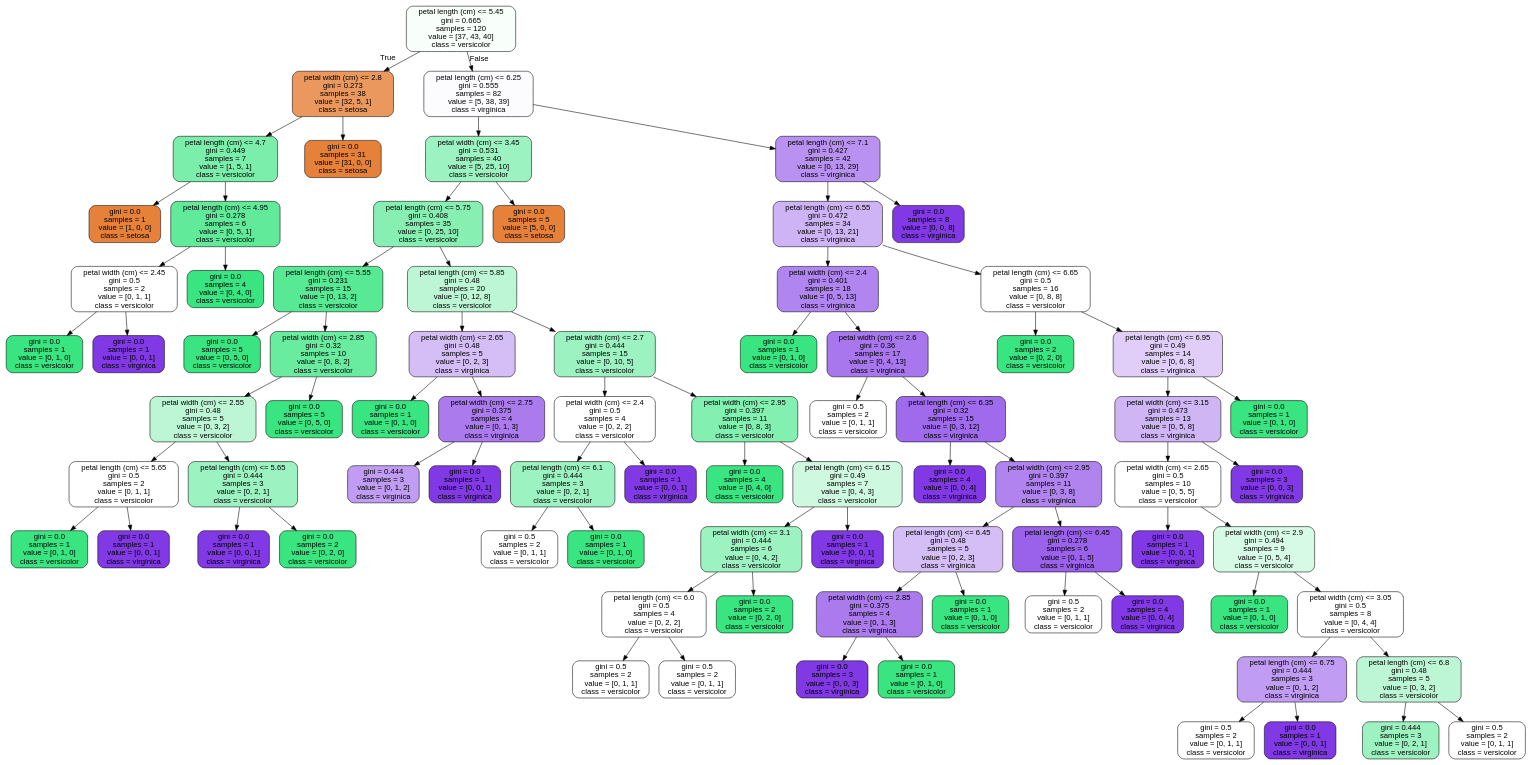
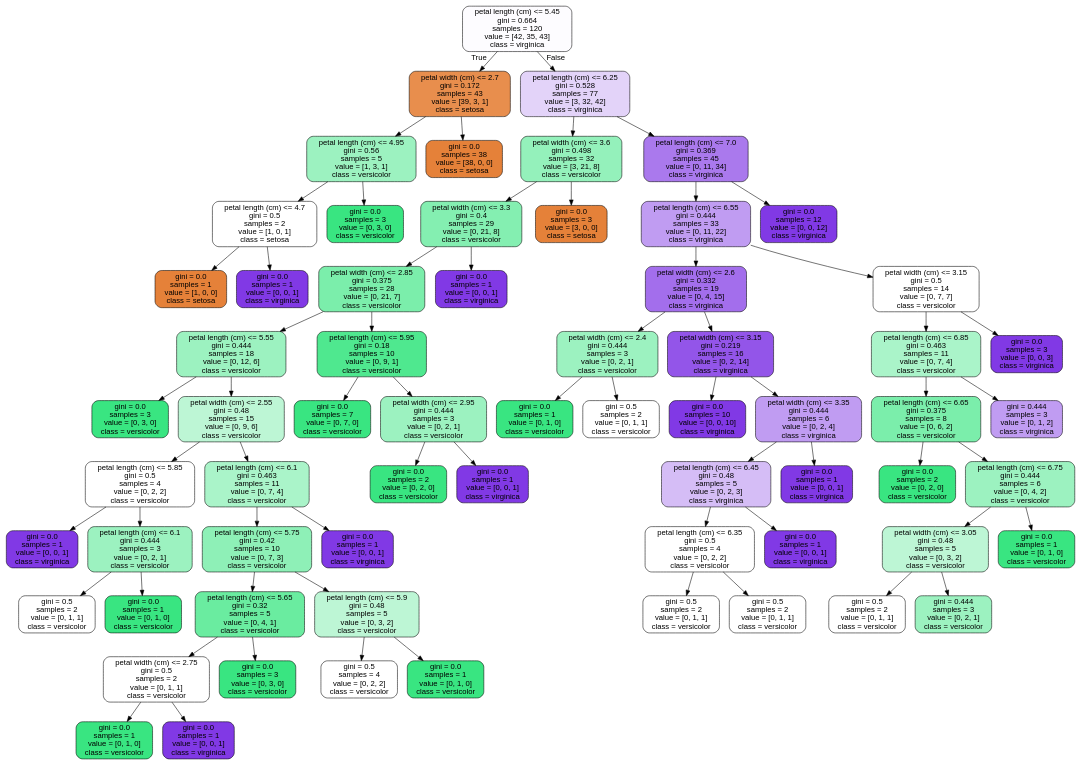
Before and after one commit to JoseDeJesusMendozaBecerril/Practica4_MineriaDeDatos: the diagram in images/decision_trees/iris_tree_train.dot, drawn with Graphviz. The commit also changed 9 other files, not shown here.

```diff
--- a/images/decision_trees/iris_tree_train.dot
+++ b/images/decision_trees/iris_tree_train.dot
@@ -1,165 +1,133 @@
 digraph Tree {
 node [shape=box, style="filled, rounded", color="black", fontname=helvetica] ;
 edge [fontname=helvetica] ;
-0 [label="petal length (cm) <= 5.45\ngini = 0.665\nsamples = 120\nvalue = [37, 43, 40]\nclass = versicolor", fillcolor="#f8fefa"] ;
-1 [label="petal width (cm) <= 2.8\ngini = 0.273\nsamples = 38\nvalue = [32, 5, 1]\nclass = setosa", fillcolor="#ea985d"] ;
+0 [label="petal length (cm) <= 5.45\ngini = 0.664\nsamples = 120\nvalue = [42, 35, 43]\nclass = virginica", fillcolor="#fdfcff"] ;
+1 [label="petal width (cm) <= 2.7\ngini = 0.172\nsamples = 43\nvalue = [39, 3, 1]\nclass = setosa", fillcolor="#e88e4d"] ;
 0 -> 1 [labeldistance=2.5, labelangle=45, headlabel="True"] ;
-2 [label="petal length (cm) <= 4.7\ngini = 0.449\nsamples = 7\nvalue = [1, 5, 1]\nclass = versicolor", fillcolor="#7beeab"] ;
+2 [label="petal length (cm) <= 4.95\ngini = 0.56\nsamples = 5\nvalue = [1, 3, 1]\nclass = versicolor", fillcolor="#9cf2c0"] ;
 1 -> 2 ;
-3 [label="gini = 0.0\nsamples = 1\nvalue = [1, 0, 0]\nclass = setosa", fillcolor="#e58139"] ;
+3 [label="petal length (cm) <= 4.7\ngini = 0.5\nsamples = 2\nvalue = [1, 0, 1]\nclass = setosa", fillcolor="#ffffff"] ;
 2 -> 3 ;
-4 [label="petal length (cm) <= 4.95\ngini = 0.278\nsamples = 6\nvalue = [0, 5, 1]\nclass = versicolor", fillcolor="#61ea9a"] ;
-2 -> 4 ;
-5 [label="petal width (cm) <= 2.45\ngini = 0.5\nsamples = 2\nvalue = [0, 1, 1]\nclass = versicolor", fillcolor="#ffffff"] ;
-4 -> 5 ;
-6 [label="gini = 0.0\nsamples = 1\nvalue = [0, 1, 0]\nclass = versicolor", fillcolor="#39e581"] ;
-5 -> 6 ;
-7 [label="gini = 0.0\nsamples = 1\nvalue = [0, 0, 1]\nclass = virginica", fillcolor="#8139e5"] ;
-5 -> 7 ;
-8 [label="gini = 0.0\nsamples = 4\nvalue = [0, 4, 0]\nclass = versicolor", fillcolor="#39e581"] ;
-4 -> 8 ;
-9 [label="gini = 0.0\nsamples = 31\nvalue = [31, 0, 0]\nclass = setosa", fillcolor="#e58139"] ;
-1 -> 9 ;
-10 [label="petal length (cm) <= 6.25\ngini = 0.555\nsamples = 82\nvalue = [5, 38, 39]\nclass = virginica", fillcolor="#fcfbfe"] ;
-0 -> 10 [labeldistance=2.5, labelangle=-45, headlabel="False"] ;
-11 [label="petal width (cm) <= 3.45\ngini = 0.531\nsamples = 40\nvalue = [5, 25, 10]\nclass = versicolor", fillcolor="#9cf2c0"] ;
+4 [label="gini = 0.0\nsamples = 1\nvalue = [1, 0, 0]\nclass = setosa", fillcolor="#e58139"] ;
+3 -> 4 ;
+5 [label="gini = 0.0\nsamples = 1\nvalue = [0, 0, 1]\nclass = virginica", fillcolor="#8139e5"] ;
+3 -> 5 ;
+6 [label="gini = 0.0\nsamples = 3\nvalue = [0, 3, 0]\nclass = versicolor", fillcolor="#39e581"] ;
+2 -> 6 ;
+7 [label="gini = 0.0\nsamples = 38\nvalue = [38, 0, 0]\nclass = setosa", fillcolor="#e58139"] ;
+1 -> 7 ;
+8 [label="petal length (cm) <= 6.25\ngini = 0.528\nsamples = 77\nvalue = [3, 32, 42]\nclass = virginica", fillcolor="#e3d3f9"] ;
+0 -> 8 [labeldistance=2.5, labelangle=-45, headlabel="False"] ;
+9 [label="petal width (cm) <= 3.6\ngini = 0.498\nsamples = 32\nvalue = [3, 21, 8]\nclass = versicolor", fillcolor="#94f1bb"] ;
+8 -> 9 ;
+10 [label="petal width (cm) <= 3.3\ngini = 0.4\nsamples = 29\nvalue = [0, 21, 8]\nclass = versicolor", fillcolor="#84efb1"] ;
+9 -> 10 ;
+11 [label="petal width (cm) <= 2.85\ngini = 0.375\nsamples = 28\nvalue = [0, 21, 7]\nclass = versicolor", fillcolor="#7beeab"] ;
 10 -> 11 ;
-12 [label="petal length (cm) <= 5.75\ngini = 0.408\nsamples = 35\nvalue = [0, 25, 10]\nclass = versicolor", fillcolor="#88efb3"] ;
+12 [label="petal length (cm) <= 5.55\ngini = 0.444\nsamples = 18\nvalue = [0, 12, 6]\nclass = versicolor", fillcolor="#9cf2c0"] ;
 11 -> 12 ;
-13 [label="petal length (cm) <= 5.55\ngini = 0.231\nsamples = 15\nvalue = [0, 13, 2]\nclass = versicolor", fillcolor="#57e994"] ;
+13 [label="gini = 0.0\nsamples = 3\nvalue = [0, 3, 0]\nclass = versicolor", fillcolor="#39e581"] ;
 12 -> 13 ;
-14 [label="gini = 0.0\nsamples = 5\nvalue = [0, 5, 0]\nclass = versicolor", fillcolor="#39e581"] ;
-13 -> 14 ;
-15 [label="petal width (cm) <= 2.85\ngini = 0.32\nsamples = 10\nvalue = [0, 8, 2]\nclass = versicolor", fillcolor="#6aeca0"] ;
-13 -> 15 ;
-16 [label="petal width (cm) <= 2.55\ngini = 0.48\nsamples = 5\nvalue = [0, 3, 2]\nclass = versicolor", fillcolor="#bdf6d5"] ;
+14 [label="petal width (cm) <= 2.55\ngini = 0.48\nsamples = 15\nvalue = [0, 9, 6]\nclass = versicolor", fillcolor="#bdf6d5"] ;
+12 -> 14 ;
+15 [label="petal length (cm) <= 5.85\ngini = 0.5\nsamples = 4\nvalue = [0, 2, 2]\nclass = versicolor", fillcolor="#ffffff"] ;
+14 -> 15 ;
+16 [label="gini = 0.0\nsamples = 1\nvalue = [0, 0, 1]\nclass = virginica", fillcolor="#8139e5"] ;
 15 -> 16 ;
-17 [label="petal length (cm) <= 5.65\ngini = 0.5\nsamples = 2\nvalue = [0, 1, 1]\nclass = versicolor", fillcolor="#ffffff"] ;
-16 -> 17 ;
-18 [label="gini = 0.0\nsamples = 1\nvalue = [0, 1, 0]\nclass = versicolor", fillcolor="#39e581"] ;
+17 [label="petal length (cm) <= 6.1\ngini = 0.444\nsamples = 3\nvalue = [0, 2, 1]\nclass = versicolor", fillcolor="#9cf2c0"] ;
+15 -> 17 ;
+18 [label="gini = 0.5\nsamples = 2\nvalue = [0, 1, 1]\nclass = versicolor", fillcolor="#ffffff"] ;
 17 -> 18 ;
-19 [label="gini = 0.0\nsamples = 1\nvalue = [0, 0, 1]\nclass = virginica", fillcolor="#8139e5"] ;
+19 [label="gini = 0.0\nsamples = 1\nvalue = [0, 1, 0]\nclass = versicolor", fillcolor="#39e581"] ;
 17 -> 19 ;
-20 [label="petal length (cm) <= 5.65\ngini = 0.444\nsamples = 3\nvalue = [0, 2, 1]\nclass = versicolor", fillcolor="#9cf2c0"] ;
-16 -> 20 ;
-21 [label="gini = 0.0\nsamples = 1\nvalue = [0, 0, 1]\nclass = virginica", fillcolor="#8139e5"] ;
+20 [label="petal length (cm) <= 6.1\ngini = 0.463\nsamples = 11\nvalue = [0, 7, 4]\nclass = versicolor", fillcolor="#aaf4c9"] ;
+14 -> 20 ;
+21 [label="petal length (cm) <= 5.75\ngini = 0.42\nsamples = 10\nvalue = [0, 7, 3]\nclass = versicolor", fillcolor="#8ef0b7"] ;
 20 -> 21 ;
-22 [label="gini = 0.0\nsamples = 2\nvalue = [0, 2, 0]\nclass = versicolor", fillcolor="#39e581"] ;
-20 -> 22 ;
-23 [label="gini = 0.0\nsamples = 5\nvalue = [0, 5, 0]\nclass = versicolor", fillcolor="#39e581"] ;
-15 -> 23 ;
-24 [label="petal length (cm) <= 5.85\ngini = 0.48\nsamples = 20\nvalue = [0, 12, 8]\nclass = versicolor", fillcolor="#bdf6d5"] ;
-12 -> 24 ;
-25 [label="petal width (cm) <= 2.65\ngini = 0.48\nsamples = 5\nvalue = [0, 2, 3]\nclass = virginica", fillcolor="#d5bdf6"] ;
-24 -> 25 ;
-26 [label="gini = 0.0\nsamples = 1\nvalue = [0, 1, 0]\nclass = versicolor", fillcolor="#39e581"] ;
-25 -> 26 ;
-27 [label="petal width (cm) <= 2.75\ngini = 0.375\nsamples = 4\nvalue = [0, 1, 3]\nclass = virginica", fillcolor="#ab7bee"] ;
-25 -> 27 ;
-28 [label="gini = 0.444\nsamples = 3\nvalue = [0, 1, 2]\nclass = virginica", fillcolor="#c09cf2"] ;
+22 [label="petal length (cm) <= 5.65\ngini = 0.32\nsamples = 5\nvalue = [0, 4, 1]\nclass = versicolor", fillcolor="#6aeca0"] ;
+21 -> 22 ;
+23 [label="petal width (cm) <= 2.75\ngini = 0.5\nsamples = 2\nvalue = [0, 1, 1]\nclass = versicolor", fillcolor="#ffffff"] ;
+22 -> 23 ;
+24 [label="gini = 0.0\nsamples = 1\nvalue = [0, 1, 0]\nclass = versicolor", fillcolor="#39e581"] ;
+23 -> 24 ;
+25 [label="gini = 0.0\nsamples = 1\nvalue = [0, 0, 1]\nclass = virginica", fillcolor="#8139e5"] ;
+23 -> 25 ;
+26 [label="gini = 0.0\nsamples = 3\nvalue = [0, 3, 0]\nclass = versicolor", fillcolor="#39e581"] ;
+22 -> 26 ;
+27 [label="petal length (cm) <= 5.9\ngini = 0.48\nsamples = 5\nvalue = [0, 3, 2]\nclass = versicolor", fillcolor="#bdf6d5"] ;
+21 -> 27 ;
+28 [label="gini = 0.5\nsamples = 4\nvalue = [0, 2, 2]\nclass = versicolor", fillcolor="#ffffff"] ;
 27 -> 28 ;
-29 [label="gini = 0.0\nsamples = 1\nvalue = [0, 0, 1]\nclass = virginica", fillcolor="#8139e5"] ;
+29 [label="gini = 0.0\nsamples = 1\nvalue = [0, 1, 0]\nclass = versicolor", fillcolor="#39e581"] ;
 27 -> 29 ;
-30 [label="petal width (cm) <= 2.7\ngini = 0.444\nsamples = 15\nvalue = [0, 10, 5]\nclass = versicolor", fillcolor="#9cf2c0"] ;
-24 -> 30 ;
-31 [label="petal width (cm) <= 2.4\ngini = 0.5\nsamples = 4\nvalue = [0, 2, 2]\nclass = versicolor", fillcolor="#ffffff"] ;
-30 -> 31 ;
-32 [label="petal length (cm) <= 6.1\ngini = 0.444\nsamples = 3\nvalue = [0, 2, 1]\nclass = versicolor", fillcolor="#9cf2c0"] ;
+30 [label="gini = 0.0\nsamples = 1\nvalue = [0, 0, 1]\nclass = virginica", fillcolor="#8139e5"] ;
+20 -> 30 ;
+31 [label="petal length (cm) <= 5.95\ngini = 0.18\nsamples = 10\nvalue = [0, 9, 1]\nclass = versicolor", fillcolor="#4fe88f"] ;
+11 -> 31 ;
+32 [label="gini = 0.0\nsamples = 7\nvalue = [0, 7, 0]\nclass = versicolor", fillcolor="#39e581"] ;
 31 -> 32 ;
-33 [label="gini = 0.5\nsamples = 2\nvalue = [0, 1, 1]\nclass = versicolor", fillcolor="#ffffff"] ;
-32 -> 33 ;
-34 [label="gini = 0.0\nsamples = 1\nvalue = [0, 1, 0]\nclass = versicolor", fillcolor="#39e581"] ;
-32 -> 34 ;
+33 [label="petal width (cm) <= 2.95\ngini = 0.444\nsamples = 3\nvalue = [0, 2, 1]\nclass = versicolor", fillcolor="#9cf2c0"] ;
+31 -> 33 ;
+34 [label="gini = 0.0\nsamples = 2\nvalue = [0, 2, 0]\nclass = versicolor", fillcolor="#39e581"] ;
+33 -> 34 ;
 35 [label="gini = 0.0\nsamples = 1\nvalue = [0, 0, 1]\nclass = virginica", fillcolor="#8139e5"] ;
-31 -> 35 ;
-36 [label="petal width (cm) <= 2.95\ngini = 0.397\nsamples = 11\nvalue = [0, 8, 3]\nclass = versicolor", fillcolor="#83efb0"] ;
-30 -> 36 ;
-37 [label="gini = 0.0\nsamples = 4\nvalue = [0, 4, 0]\nclass = versicolor", fillcolor="#39e581"] ;
-36 -> 37 ;
-38 [label="petal length (cm) <= 6.15\ngini = 0.49\nsamples = 7\nvalue = [0, 4, 3]\nclass = versicolor", fillcolor="#cef8e0"] ;
-36 -> 38 ;
-39 [label="petal width (cm) <= 3.1\ngini = 0.444\nsamples = 6\nvalue = [0, 4, 2]\nclass = versicolor", fillcolor="#9cf2c0"] ;
+33 -> 35 ;
+36 [label="gini = 0.0\nsamples = 1\nvalue = [0, 0, 1]\nclass = virginica", fillcolor="#8139e5"] ;
+10 -> 36 ;
+37 [label="gini = 0.0\nsamples = 3\nvalue = [3, 0, 0]\nclass = setosa", fillcolor="#e58139"] ;
+9 -> 37 ;
+38 [label="petal length (cm) <= 7.0\ngini = 0.369\nsamples = 45\nvalue = [0, 11, 34]\nclass = virginica", fillcolor="#aa79ed"] ;
+8 -> 38 ;
+39 [label="petal length (cm) <= 6.55\ngini = 0.444\nsamples = 33\nvalue = [0, 11, 22]\nclass = virginica", fillcolor="#c09cf2"] ;
 38 -> 39 ;
-40 [label="petal length (cm) <= 6.0\ngini = 0.5\nsamples = 4\nvalue = [0, 2, 2]\nclass = versicolor", fillcolor="#ffffff"] ;
+40 [label="petal width (cm) <= 2.6\ngini = 0.332\nsamples = 19\nvalue = [0, 4, 15]\nclass = virginica", fillcolor="#a36eec"] ;
 39 -> 40 ;
-41 [label="gini = 0.5\nsamples = 2\nvalue = [0, 1, 1]\nclass = versicolor", fillcolor="#ffffff"] ;
+41 [label="petal width (cm) <= 2.4\ngini = 0.444\nsamples = 3\nvalue = [0, 2, 1]\nclass = versicolor", fillcolor="#9cf2c0"] ;
 40 -> 41 ;
-42 [label="gini = 0.5\nsamples = 2\nvalue = [0, 1, 1]\nclass = versicolor", fillcolor="#ffffff"] ;
-40 -> 42 ;
-43 [label="gini = 0.0\nsamples = 2\nvalue = [0, 2, 0]\nclass = versicolor", fillcolor="#39e581"] ;
-39 -> 43 ;
-44 [label="gini = 0.0\nsamples = 1\nvalue = [0, 0, 1]\nclass = virginica", fillcolor="#8139e5"] ;
-38 -> 44 ;
-45 [label="gini = 0.0\nsamples = 5\nvalue = [5, 0, 0]\nclass = setosa", fillcolor="#e58139"] ;
-11 -> 45 ;
-46 [label="petal length (cm) <= 7.1\ngini = 0.427\nsamples = 42\nvalue = [0, 13, 29]\nclass = virginica", fillcolor="#b992f1"] ;
-10 -> 46 ;
-47 [label="petal length (cm) <= 6.55\ngini = 0.472\nsamples = 34\nvalue = [0, 13, 21]\nclass = virginica", fillcolor="#cfb4f5"] ;
+42 [label="gini = 0.0\nsamples = 1\nvalue = [0, 1, 0]\nclass = versicolor", fillcolor="#39e581"] ;
+41 -> 42 ;
+43 [label="gini = 0.5\nsamples = 2\nvalue = [0, 1, 1]\nclass = versicolor", fillcolor="#ffffff"] ;
+41 -> 43 ;
+44 [label="petal width (cm) <= 3.15\ngini = 0.219\nsamples = 16\nvalue = [0, 2, 14]\nclass = virginica", fillcolor="#9355e9"] ;
+40 -> 44 ;
+45 [label="gini = 0.0\nsamples = 10\nvalue = [0, 0, 10]\nclass = virginica", fillcolor="#8139e5"] ;
+44 -> 45 ;
+46 [label="petal width (cm) <= 3.35\ngini = 0.444\nsamples = 6\nvalue = [0, 2, 4]\nclass = virginica", fillcolor="#c09cf2"] ;
+44 -> 46 ;
+47 [label="petal length (cm) <= 6.45\ngini = 0.48\nsamples = 5\nvalue = [0, 2, 3]\nclass = virginica", fillcolor="#d5bdf6"] ;
 46 -> 47 ;
-48 [label="petal width (cm) <= 2.4\ngini = 0.401\nsamples = 18\nvalue = [0, 5, 13]\nclass = virginica", fillcolor="#b185ef"] ;
+48 [label="petal length (cm) <= 6.35\ngini = 0.5\nsamples = 4\nvalue = [0, 2, 2]\nclass = versicolor", fillcolor="#ffffff"] ;
 47 -> 48 ;
-49 [label="gini = 0.0\nsamples = 1\nvalue = [0, 1, 0]\nclass = versicolor", fillcolor="#39e581"] ;
+49 [label="gini = 0.5\nsamples = 2\nvalue = [0, 1, 1]\nclass = versicolor", fillcolor="#ffffff"] ;
 48 -> 49 ;
-50 [label="petal width (cm) <= 2.6\ngini = 0.36\nsamples = 17\nvalue = [0, 4, 13]\nclass = virginica", fillcolor="#a876ed"] ;
+50 [label="gini = 0.5\nsamples = 2\nvalue = [0, 1, 1]\nclass = versicolor", fillcolor="#ffffff"] ;
 48 -> 50 ;
-51 [label="gini = 0.5\nsamples = 2\nvalue = [0, 1, 1]\nclass = versicolor", fillcolor="#ffffff"] ;
-50 -> 51 ;
-52 [label="petal length (cm) <= 6.35\ngini = 0.32\nsamples = 15\nvalue = [0, 3, 12]\nclass = virginica", fillcolor="#a06aec"] ;
-50 -> 52 ;
-53 [label="gini = 0.0\nsamples = 4\nvalue = [0, 0, 4]\nclass = virginica", fillcolor="#8139e5"] ;
-52 -> 53 ;
-54 [label="petal width (cm) <= 2.95\ngini = 0.397\nsamples = 11\nvalue = [0, 3, 8]\nclass = virginica", fillcolor="#b083ef"] ;
-52 -> 54 ;
-55 [label="petal length (cm) <= 6.45\ngini = 0.48\nsamples = 5\nvalue = [0, 2, 3]\nclass = virginica", fillcolor="#d5bdf6"] ;
+51 [label="gini = 0.0\nsamples = 1\nvalue = [0, 0, 1]\nclass = virginica", fillcolor="#8139e5"] ;
+47 -> 51 ;
+52 [label="gini = 0.0\nsamples = 1\nvalue = [0, 0, 1]\nclass = virginica", fillcolor="#8139e5"] ;
+46 -> 52 ;
+53 [label="petal width (cm) <= 3.15\ngini = 0.5\nsamples = 14\nvalue = [0, 7, 7]\nclass = versicolor", fillcolor="#ffffff"] ;
+39 -> 53 ;
+54 [label="petal length (cm) <= 6.85\ngini = 0.463\nsamples = 11\nvalue = [0, 7, 4]\nclass = versicolor", fillcolor="#aaf4c9"] ;
+53 -> 54 ;
+55 [label="petal length (cm) <= 6.65\ngini = 0.375\nsamples = 8\nvalue = [0, 6, 2]\nclass = versicolor", fillcolor="#7beeab"] ;
 54 -> 55 ;
-56 [label="petal width (cm) <= 2.85\ngini = 0.375\nsamples = 4\nvalue = [0, 1, 3]\nclass = virginica", fillcolor="#ab7bee"] ;
+56 [label="gini = 0.0\nsamples = 2\nvalue = [0, 2, 0]\nclass = versicolor", fillcolor="#39e581"] ;
 55 -> 56 ;
-57 [label="gini = 0.0\nsamples = 3\nvalue = [0, 0, 3]\nclass = virginica", fillcolor="#8139e5"] ;
-56 -> 57 ;
-58 [label="gini = 0.0\nsamples = 1\nvalue = [0, 1, 0]\nclass = versicolor", fillcolor="#39e581"] ;
-56 -> 58 ;
-59 [label="gini = 0.0\nsamples = 1\nvalue = [0, 1, 0]\nclass = versicolor", fillcolor="#39e581"] ;
-55 -> 59 ;
-60 [label="petal length (cm) <= 6.45\ngini = 0.278\nsamples = 6\nvalue = [0, 1, 5]\nclass = virginica", fillcolor="#9a61ea"] ;
-54 -> 60 ;
-61 [label="gini = 0.5\nsamples = 2\nvalue = [0, 1, 1]\nclass = versicolor", fillcolor="#ffffff"] ;
-60 -> 61 ;
-62 [label="gini = 0.0\nsamples = 4\nvalue = [0, 0, 4]\nclass = virginica", fillcolor="#8139e5"] ;
-60 -> 62 ;
-63 [label="petal length (cm) <= 6.65\ngini = 0.5\nsamples = 16\nvalue = [0, 8, 8]\nclass = versicolor", fillcolor="#ffffff"] ;
-47 -> 63 ;
-64 [label="gini = 0.0\nsamples = 2\nvalue = [0, 2, 0]\nclass = versicolor", fillcolor="#39e581"] ;
-63 -> 64 ;
-65 [label="petal length (cm) <= 6.95\ngini = 0.49\nsamples = 14\nvalue = [0, 6, 8]\nclass = virginica", fillcolor="#e0cef8"] ;
-63 -> 65 ;
-66 [label="petal width (cm) <= 3.15\ngini = 0.473\nsamples = 13\nvalue = [0, 5, 8]\nclass = virginica", fillcolor="#d0b5f5"] ;
-65 -> 66 ;
-67 [label="petal width (cm) <= 2.65\ngini = 0.5\nsamples = 10\nvalue = [0, 5, 5]\nclass = versicolor", fillcolor="#ffffff"] ;
-66 -> 67 ;
-68 [label="gini = 0.0\nsamples = 1\nvalue = [0, 0, 1]\nclass = virginica", fillcolor="#8139e5"] ;
-67 -> 68 ;
-69 [label="petal width (cm) <= 2.9\ngini = 0.494\nsamples = 9\nvalue = [0, 5, 4]\nclass = versicolor", fillcolor="#d7fae6"] ;
-67 -> 69 ;
-70 [label="gini = 0.0\nsamples = 1\nvalue = [0, 1, 0]\nclass = versicolor", fillcolor="#39e581"] ;
-69 -> 70 ;
-71 [label="petal width (cm) <= 3.05\ngini = 0.5\nsamples = 8\nvalue = [0, 4, 4]\nclass = versicolor", fillcolor="#ffffff"] ;
-69 -> 71 ;
-72 [label="petal length (cm) <= 6.75\ngini = 0.444\nsamples = 3\nvalue = [0, 1, 2]\nclass = virginica", fillcolor="#c09cf2"] ;
-71 -> 72 ;
-73 [label="gini = 0.5\nsamples = 2\nvalue = [0, 1, 1]\nclass = versicolor", fillcolor="#ffffff"] ;
-72 -> 73 ;
-74 [label="gini = 0.0\nsamples = 1\nvalue = [0, 0, 1]\nclass = virginica", fillcolor="#8139e5"] ;
-72 -> 74 ;
-75 [label="petal length (cm) <= 6.8\ngini = 0.48\nsamples = 5\nvalue = [0, 3, 2]\nclass = versicolor", fillcolor="#bdf6d5"] ;
-71 -> 75 ;
-76 [label="gini = 0.444\nsamples = 3\nvalue = [0, 2, 1]\nclass = versicolor", fillcolor="#9cf2c0"] ;
-75 -> 76 ;
-77 [label="gini = 0.5\nsamples = 2\nvalue = [0, 1, 1]\nclass = versicolor", fillcolor="#ffffff"] ;
-75 -> 77 ;
-78 [label="gini = 0.0\nsamples = 3\nvalue = [0, 0, 3]\nclass = virginica", fillcolor="#8139e5"] ;
-66 -> 78 ;
-79 [label="gini = 0.0\nsamples = 1\nvalue = [0, 1, 0]\nclass = versicolor", fillcolor="#39e581"] ;
-65 -> 79 ;
-80 [label="gini = 0.0\nsamples = 8\nvalue = [0, 0, 8]\nclass = virginica", fillcolor="#8139e5"] ;
-46 -> 80 ;
+57 [label="petal length (cm) <= 6.75\ngini = 0.444\nsamples = 6\nvalue = [0, 4, 2]\nclass = versicolor", fillcolor="#9cf2c0"] ;
+55 -> 57 ;
+58 [label="petal width (cm) <= 3.05\ngini = 0.48\nsamples = 5\nvalue = [0, 3, 2]\nclass = versicolor", fillcolor="#bdf6d5"] ;
+57 -> 58 ;
+59 [label="gini = 0.5\nsamples = 2\nvalue = [0, 1, 1]\nclass = versicolor", fillcolor="#ffffff"] ;
+58 -> 59 ;
+60 [label="gini = 0.444\nsamples = 3\nvalue = [0, 2, 1]\nclass = versicolor", fillcolor="#9cf2c0"] ;
+58 -> 60 ;
+61 [label="gini = 0.0\nsamples = 1\nvalue = [0, 1, 0]\nclass = versicolor", fillcolor="#39e581"] ;
+57 -> 61 ;
+62 [label="gini = 0.444\nsamples = 3\nvalue = [0, 1, 2]\nclass = virginica", fillcolor="#c09cf2"] ;
+54 -> 62 ;
+63 [label="gini = 0.0\nsamples = 3\nvalue = [0, 0, 3]\nclass = virginica", fillcolor="#8139e5"] ;
+53 -> 63 ;
+64 [label="gini = 0.0\nsamples = 12\nvalue = [0, 0, 12]\nclass = virginica", fillcolor="#8139e5"] ;
+38 -> 64 ;
 }
```
